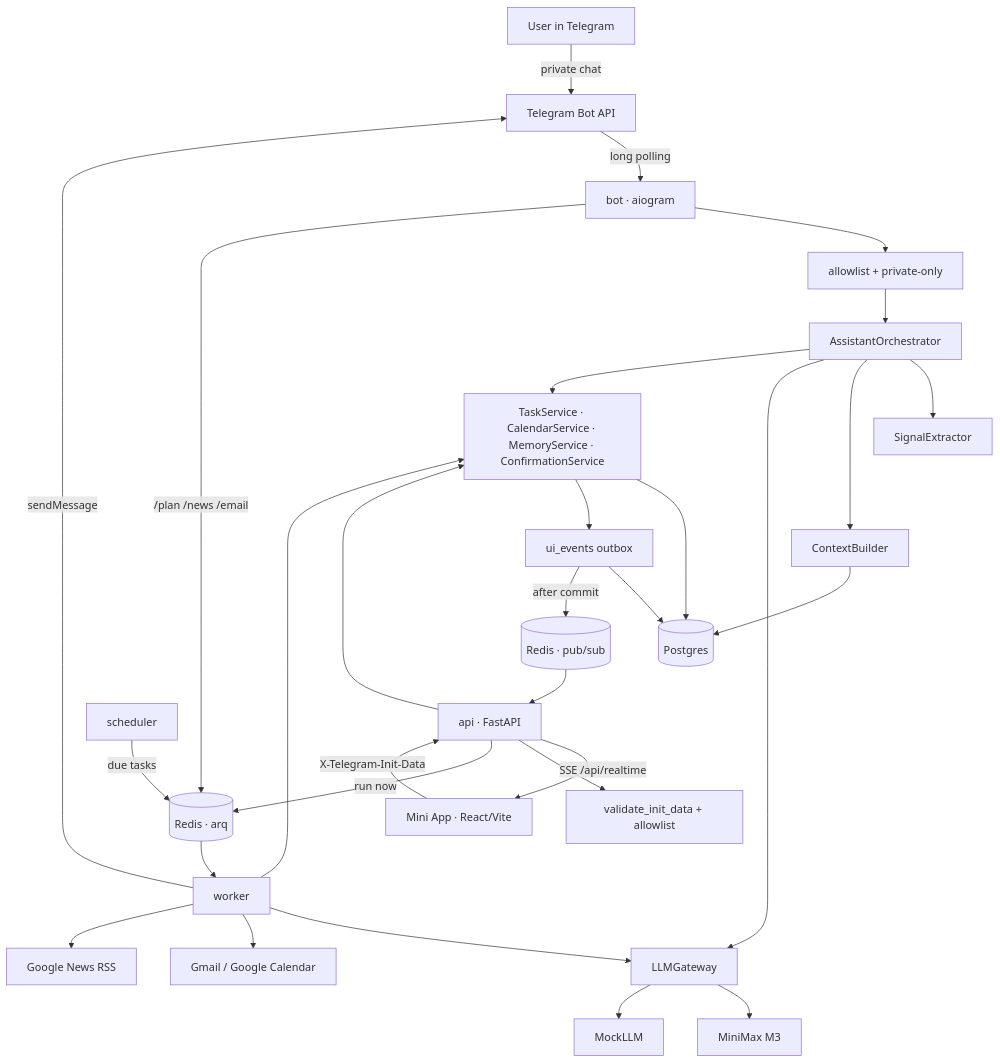
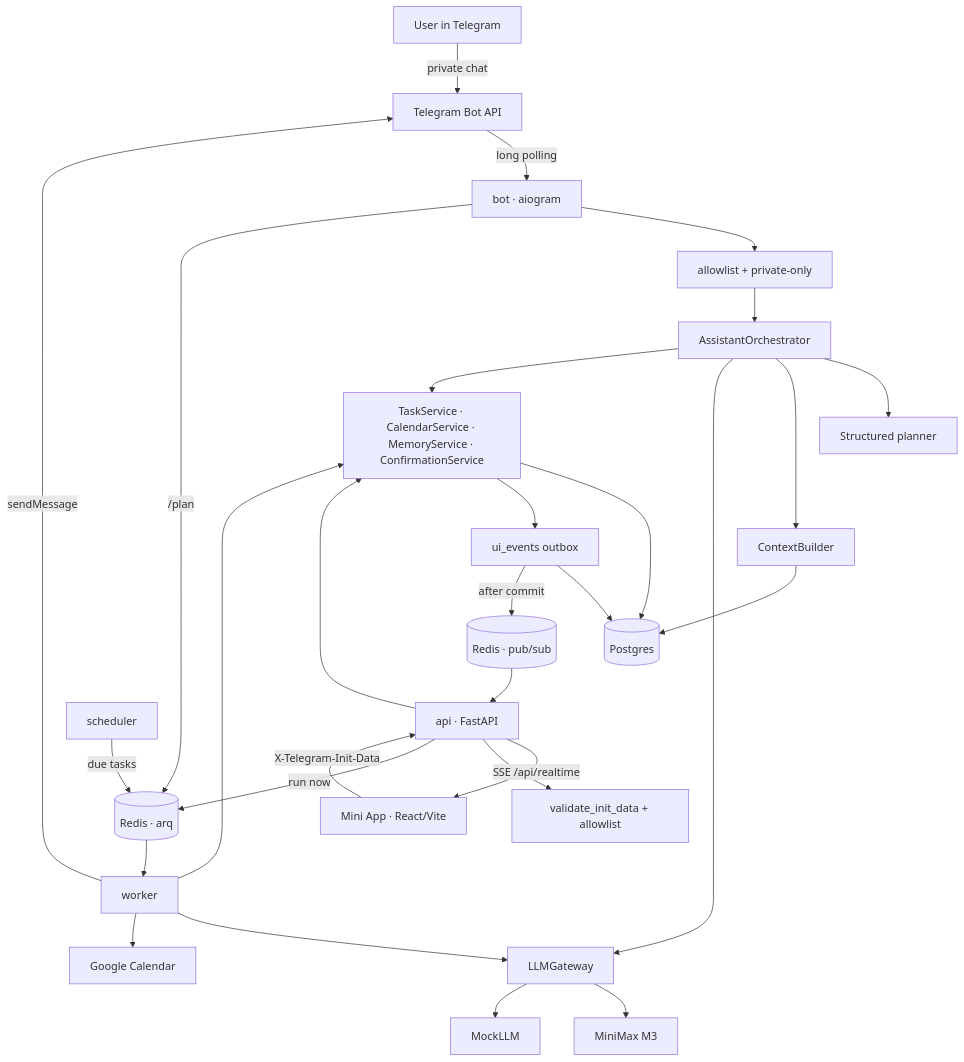
The first of 4 diagrams in docs/architecture.md (Maksim-Burtsev/lumi), drawn with Mermaid before and after one commit. The commit also changed other lines of this file and 62 other files, not shown here.

````diff
--- a/docs/architecture.md
+++ b/docs/architecture.md
@@ -20,34 +20,33 @@
 ```mermaid
 flowchart TD
     U[User in Telegram] -->|private chat| TG[Telegram Bot API]
     TG -->|long polling| BOT[bot · aiogram]
     BOT --> GUARD[allowlist + private-only]
     GUARD --> ORCH[AssistantOrchestrator]
-    ORCH --> EXTR[SignalExtractor]
+    ORCH --> PLAN[Structured planner]
     ORCH --> CTX[ContextBuilder]
     ORCH --> LLMGW[LLMGateway]
     LLMGW --> MMX[MiniMax M3]
     LLMGW --> MOCK[MockLLM]
     ORCH --> SVCS[TaskService · CalendarService · MemoryService · ConfirmationService]
     SVCS --> PG[(Postgres)]
     CTX --> PG
 
     MA[Mini App · React/Vite] -->|X-Telegram-Init-Data| API[api · FastAPI]
     API -->|SSE /api/realtime| MA
     API --> AUTH[validate_init_data + allowlist]
     API --> SVCS
     SVCS --> UIE[ui_events outbox]
     UIE --> PG
     UIE -->|after commit| RT[(Redis · pub/sub)]
     RT --> API
 
     SCHED[scheduler] -->|due tasks| Q[(Redis · arq)]
     API -->|run now| Q
-    BOT -->|/plan /news /email| Q
+    BOT -->|/plan| Q
     Q --> WRK[worker]
     WRK --> SVCS
     WRK --> LLMGW
-    WRK --> GOOGLE[Gmail / Google Calendar]
-    WRK --> RSS[Google News RSS]
+    WRK --> GOOGLE[Google Calendar]
     WRK -->|sendMessage| TG
 ```
````
